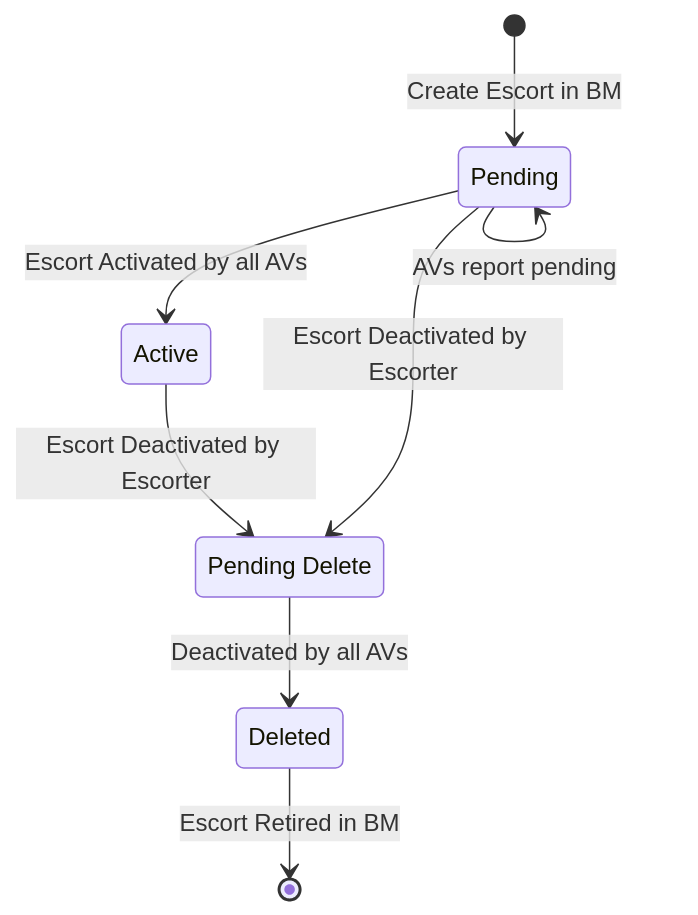
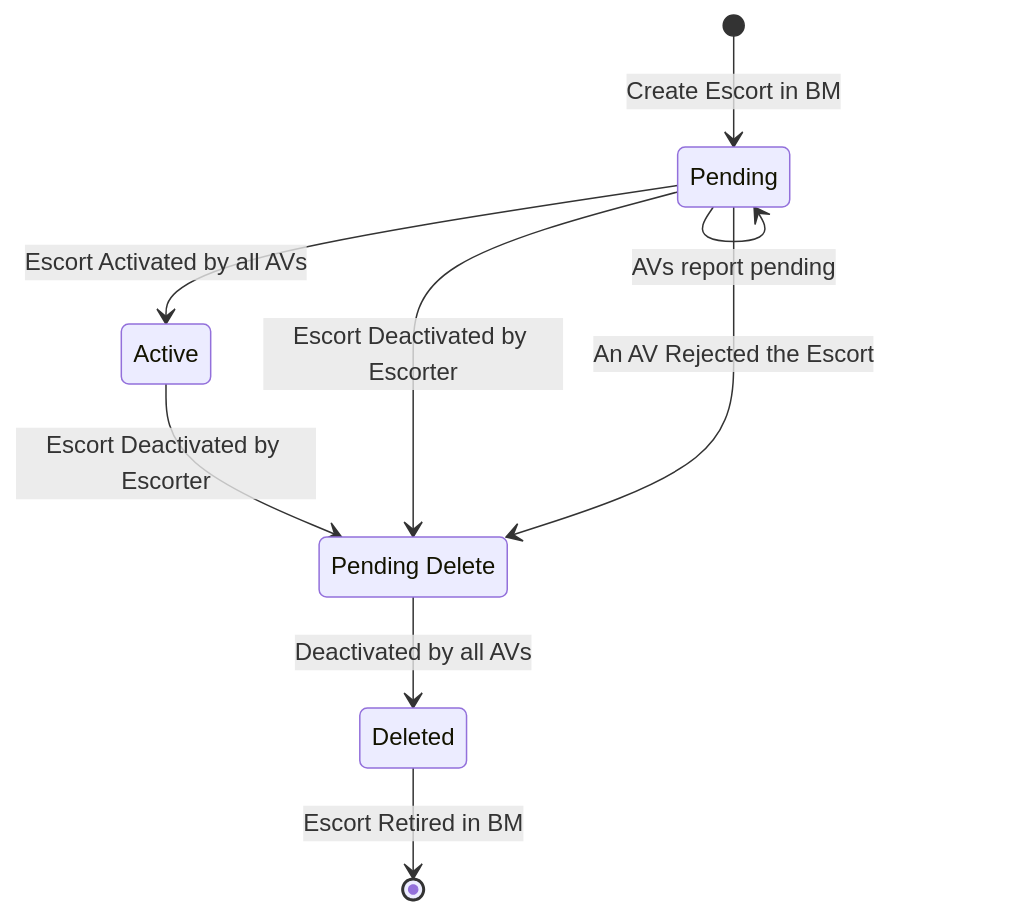
Before and after one commit to open-autonomy/escort: the diagram in README.md, drawn with Mermaid. The commit also changed other lines of this file and 11 other files, not shown here.

````diff
--- a/README.md
+++ b/README.md
@@ -50,15 +50,16 @@
 ```mermaid
 stateDiagram-v2
 state "Pending" as p
 state "Pending Delete" as pd
 state "Active" as a
 state "Deleted" as d
 
 [*] --> p : Create Escort in BM
 p --> p : AVs report pending
 p --> a : Escort Activated by all AVs
 a --> pd : Escort Deactivated by Escorter
 p --> pd : Escort Deactivated by Escorter
+p --> pd : An AV Rejected the Escort
 pd --> d : Deactivated by all AVs
 d --> [*] : Escort Retired in BM
 ```
````
